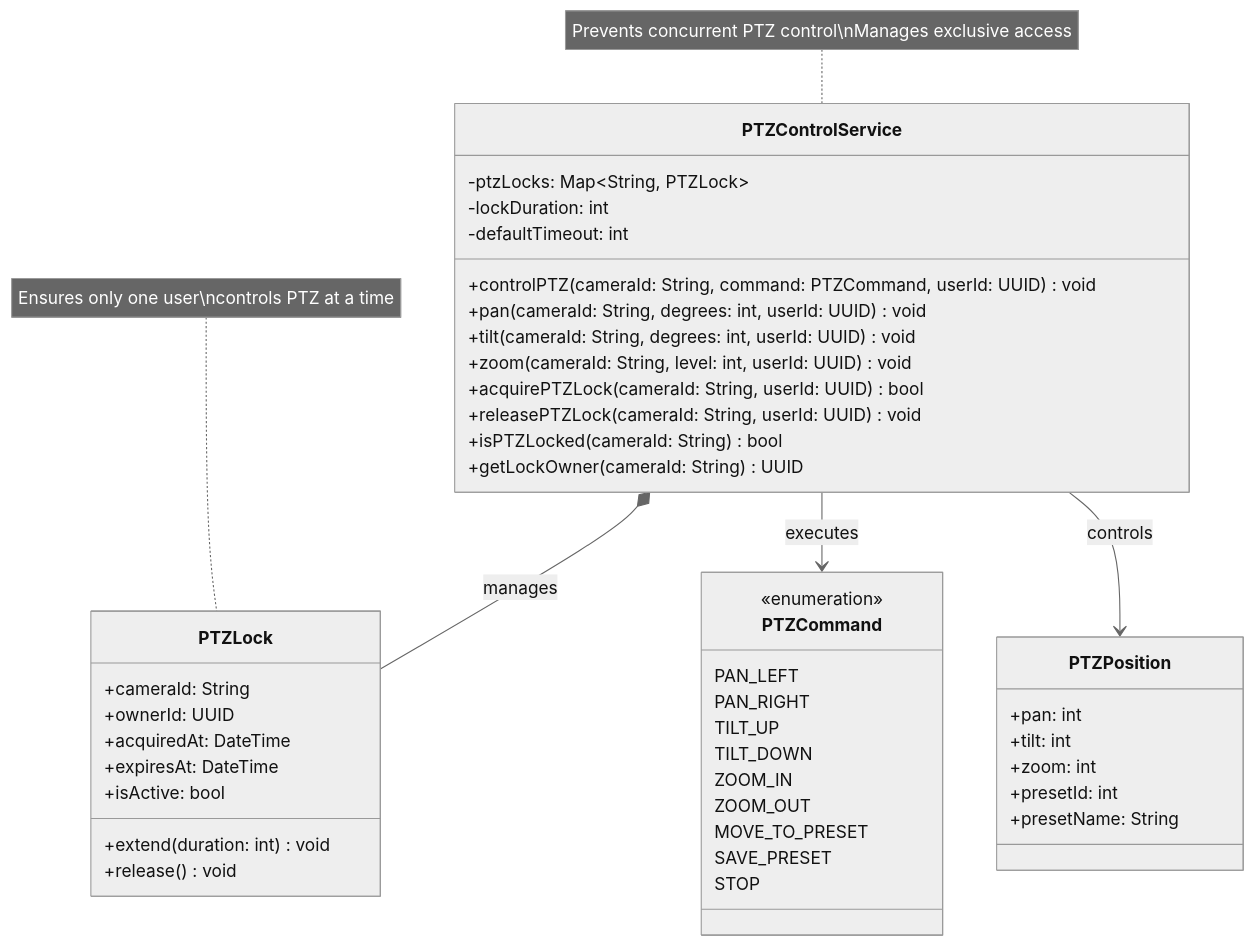
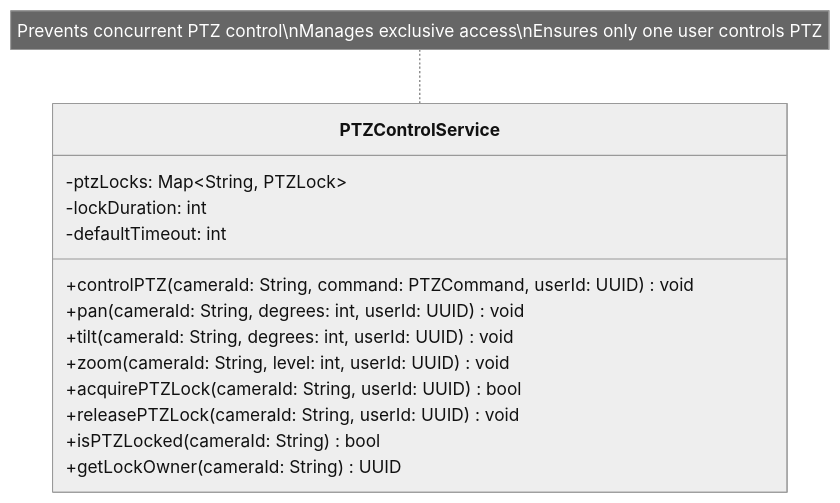
One commit to mj010101/swe_25f changed the seventh of 18 diagrams in diagrams/business_class_diagram.md. Above: the diagram before and after it, drawn with Mermaid (neutral theme). The commit also changed other lines of this file, not shown here.

Commit message:
fix: business class diagram

````diff
--- a/diagrams/business_class_diagram.md
+++ b/diagrams/business_class_diagram.md
@@ -500,56 +262,20 @@
 ```mermaid
 classDiagram
     direction TB
 
     class PTZControlService {
         -ptzLocks: Map~String, PTZLock~
         -lockDuration: int
         -defaultTimeout: int
         +controlPTZ(cameraId: String, command: PTZCommand, userId: UUID) void
         +pan(cameraId: String, degrees: int, userId: UUID) void
         +tilt(cameraId: String, degrees: int, userId: UUID) void
         +zoom(cameraId: String, level: int, userId: UUID) void
         +acquirePTZLock(cameraId: String, userId: UUID) bool
         +releasePTZLock(cameraId: String, userId: UUID) void
         +isPTZLocked(cameraId: String) bool
         +getLockOwner(cameraId: String) UUID
     }
 
-    class PTZLock {
-        +cameraId: String
-        +ownerId: UUID
-        +acquiredAt: DateTime
-        +expiresAt: DateTime
-        +isActive: bool
-        +extend(duration: int) void
-        +release() void
-    }
-
-    class PTZCommand {
-        <<enumeration>>
-        PAN_LEFT
-        PAN_RIGHT
-        TILT_UP
-        TILT_DOWN
-        ZOOM_IN
-        ZOOM_OUT
-        MOVE_TO_PRESET
-        SAVE_PRESET
-        STOP
-    }
-
-    class PTZPosition {
-        +pan: int
-        +tilt: int
-        +zoom: int
-        +presetId: int
-        +presetName: String
-    }
-
-    PTZControlService *-- PTZLock : manages
-    PTZControlService --> PTZCommand : executes
-    PTZControlService --> PTZPosition : controls
-
-    note for PTZControlService "Prevents concurrent PTZ control\nManages exclusive access"
-    note for PTZLock "Ensures only one user\ncontrols PTZ at a time"
+    note for PTZControlService "Prevents concurrent PTZ control\nManages exclusive access\nEnsures only one user controls PTZ"
 ```
````
